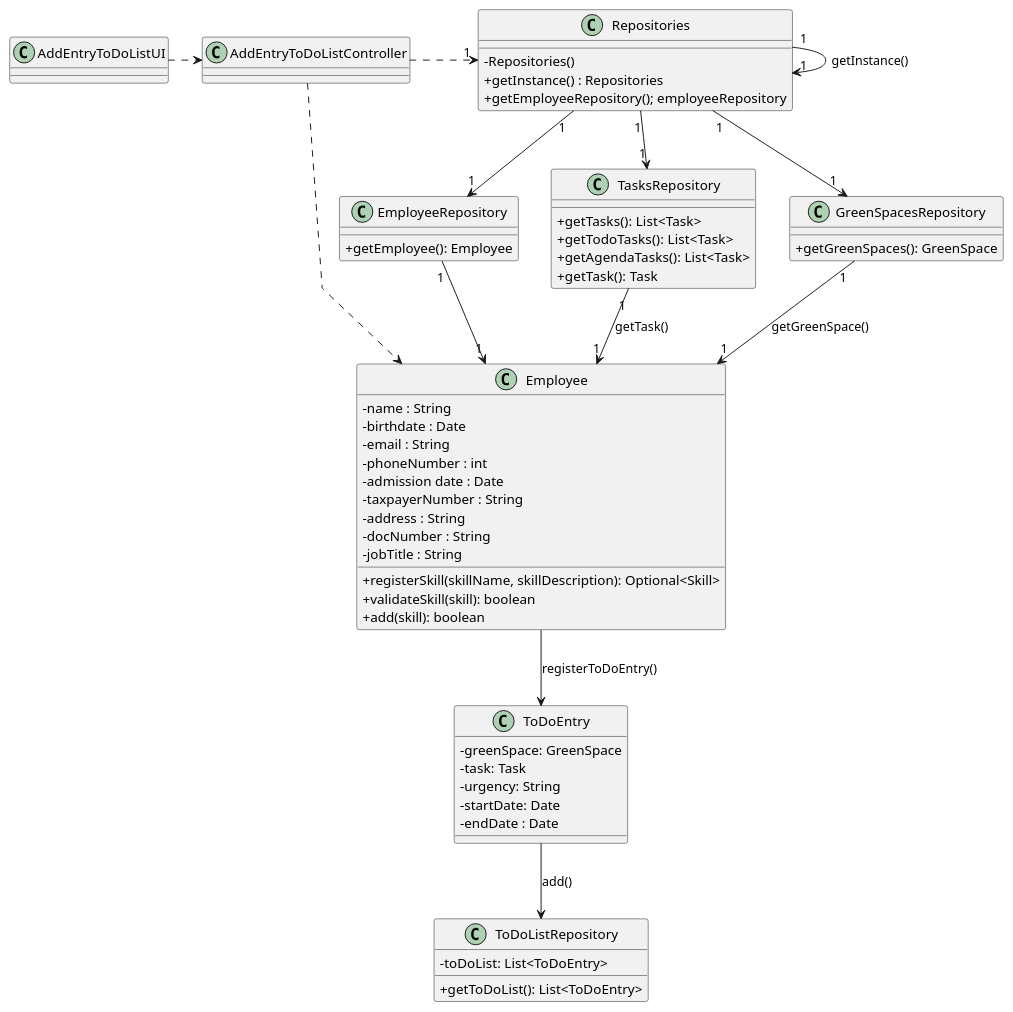
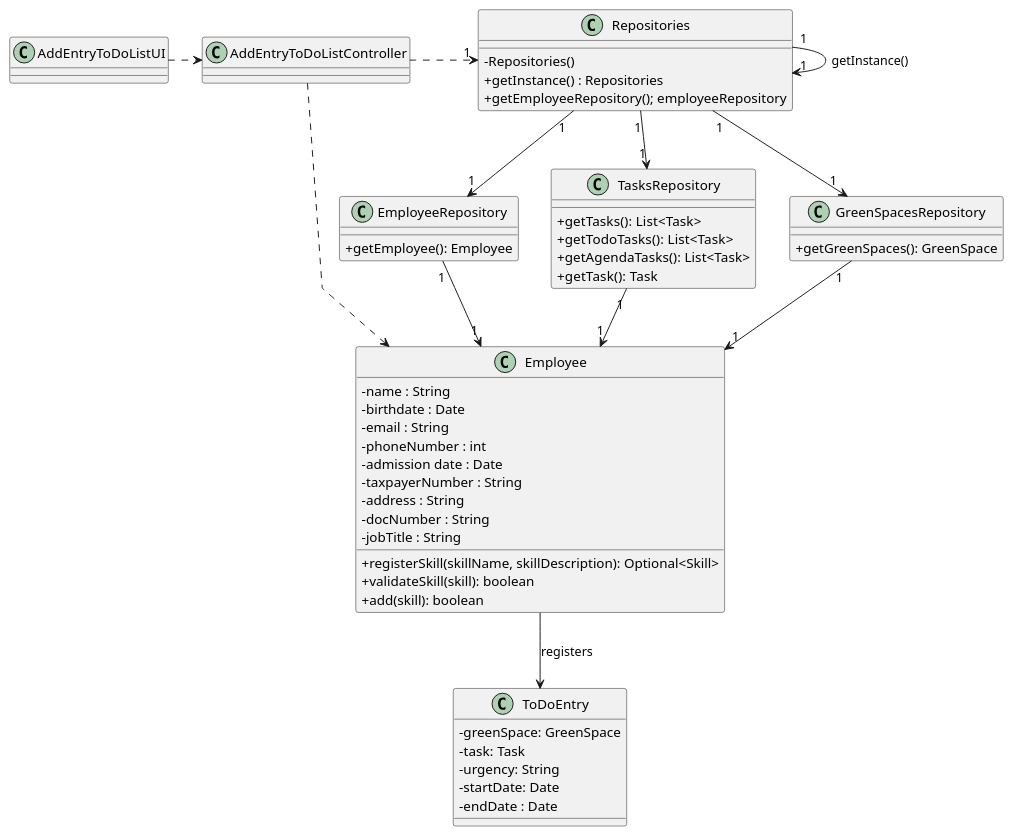
One commit to LopemigueISEP/lei-24-s2-1nb-g312 changed the diagram in docs/sprintC/US021/03.design/puml/us021-class-diagram.puml. Above: the diagram before and after it, drawn with PlantUML. The commit also changed 1 other file, not shown here.

Commit message:
#1 Class Diagram

```diff
--- a/docs/sprintC/US021/03.design/puml/us021-class-diagram.puml
+++ b/docs/sprintC/US021/03.design/puml/us021-class-diagram.puml
@@ -1,94 +1,84 @@
 @startuml
 'skinparam monochrome true
 skinparam packageStyle rectangle
 skinparam shadowing false
 skinparam linetype polyline
 'skinparam linetype orto
 
 skinparam classAttributeIconSize 0
 
 'left to right direction
 class Employee{
     -name : String
     -birthdate : Date
     -email : String
     -phoneNumber : int
     -admission date : Date
     -taxpayerNumber : String
     -address : String
     -docNumber : String
     -jobTitle : String
 
     +registerSkill(skillName, skillDescription): Optional<Skill>
     +validateSkill(skill): boolean
     +add(skill): boolean
 }
 
 class ToDoEntry{
 -greenSpace: GreenSpace
 -task: Task
 -urgency: String
 -startDate: Date
 -endDate : Date
 }
 
-
-class ToDoListRepository{
--toDoList: List<ToDoEntry>
-+getToDoList(): List<ToDoEntry>
-}
 
 class AddEntryToDoListController{
 
 }
 
 class AddEntryToDoListUI{
 
 }
 
 class Repositories {
     - Repositories()
     + getInstance() : Repositories
     + getEmployeeRepository(); employeeRepository
 
 }
 class EmployeeRepository{
 
 
 +getEmployee(): Employee
 
 }
 class TasksRepository{
  +getTasks(): List<Task>
  +getTodoTasks(): List<Task>
  +getAgendaTasks(): List<Task>
  +getTask(): Task
 }
 class GreenSpacesRepository{
 +getGreenSpaces(): GreenSpace
 }
 
 AddEntryToDoListUI .>AddEntryToDoListController
 
 AddEntryToDoListController .> "1" Repositories
 
 Repositories "1" --> "1" Repositories : getInstance()
 Repositories "1" --> "1" EmployeeRepository
 Repositories "1" --> "1" TasksRepository
 Repositories "1" --> "1" GreenSpacesRepository
 
 AddEntryToDoListController ..>Employee
 
 EmployeeRepository "1" --> "1" Employee
-TasksRepository "1" --> "1" Employee: getTask()
-GreenSpacesRepository "1" --> "1" Employee: getGreenSpace()
+TasksRepository "1" --> "1" Employee
+GreenSpacesRepository "1" --> "1" Employee
 
-Employee --> ToDoEntry: registerToDoEntry()
-
-
-
-ToDoEntry --> ToDoListRepository: add()
-
+Employee --> ToDoEntry: registers
 
 
 @enduml
```
